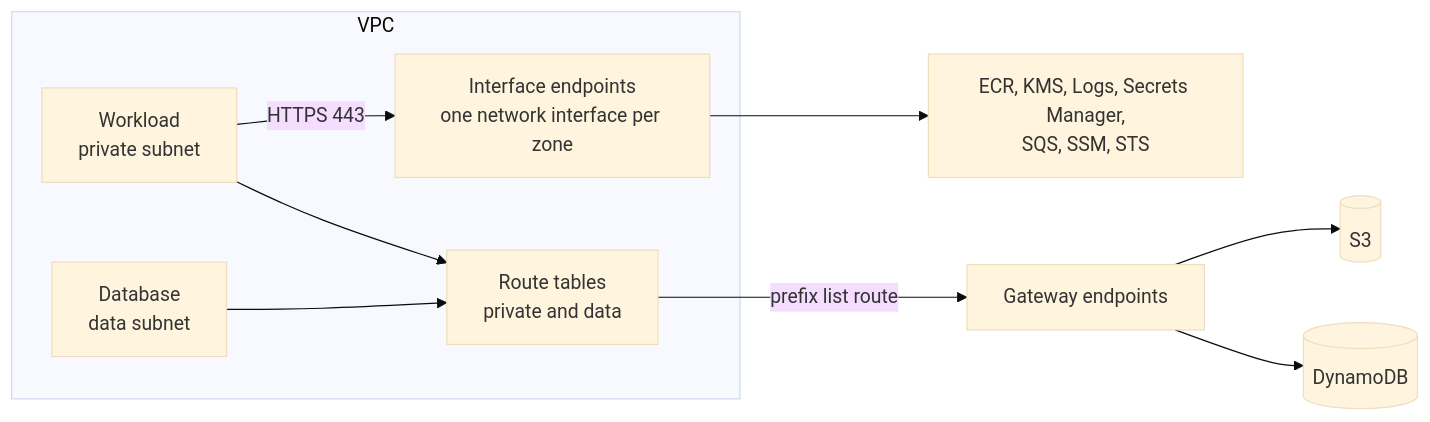
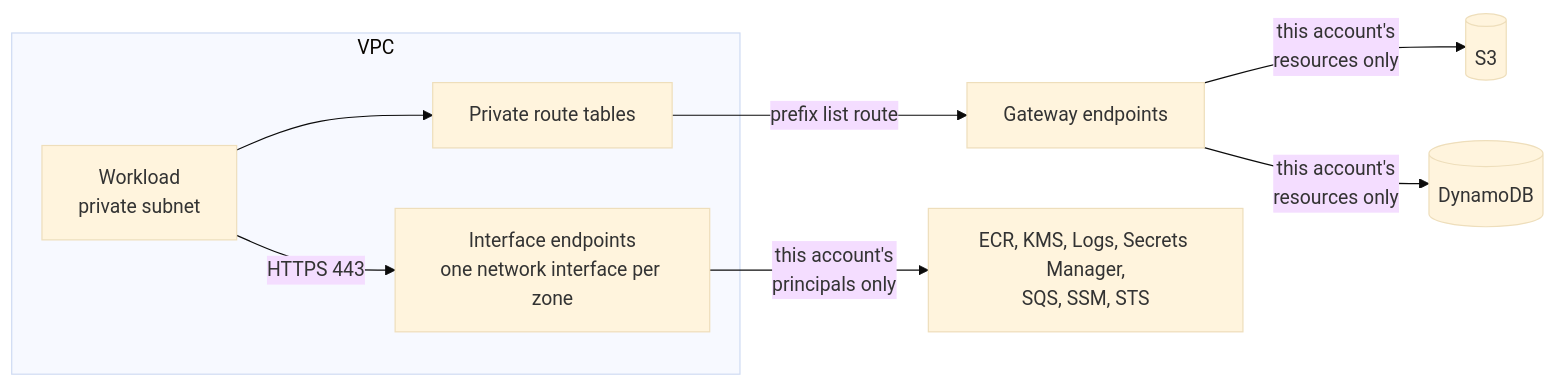
One commit to Akinz-bobo/meridian-supply-platform changed the diagram in infra/modules/vpc-endpoints/README.md. Above: the diagram before and after it, drawn with Mermaid (base theme). The commit also changed other lines of this file and 1 other file, not shown here.

Commit message:
docs(vpc-endpoints): explain the endpoint policies and the image layer exception

````diff
--- a/infra/modules/vpc-endpoints/README.md
+++ b/infra/modules/vpc-endpoints/README.md
@@ -5,16 +5,14 @@
 ```mermaid
 flowchart LR
     subgraph vpc[VPC]
         workload[Workload<br/>private subnet]
-        database[Database<br/>data subnet]
         eni[Interface endpoints<br/>one network interface per zone]
-        rt[Route tables<br/>private and data]
+        rt[Private route tables]
     end
     workload -- HTTPS 443 --> eni
     workload --> rt
-    database --> rt
     rt -- prefix list route --> gw[Gateway endpoints]
-    gw --> s3[(S3)]
-    gw --> ddb[(DynamoDB)]
-    eni --> apis[ECR, KMS, Logs, Secrets Manager,<br/>SQS, SSM, STS]
+    gw -- "this account's<br/>resources only" --> s3[(S3)]
+    gw -- "this account's<br/>resources only" --> ddb[(DynamoDB)]
+    eni -- "this account's<br/>principals only" --> apis[ECR, KMS, Logs, Secrets Manager,<br/>SQS, SSM, STS]
 ```
````
